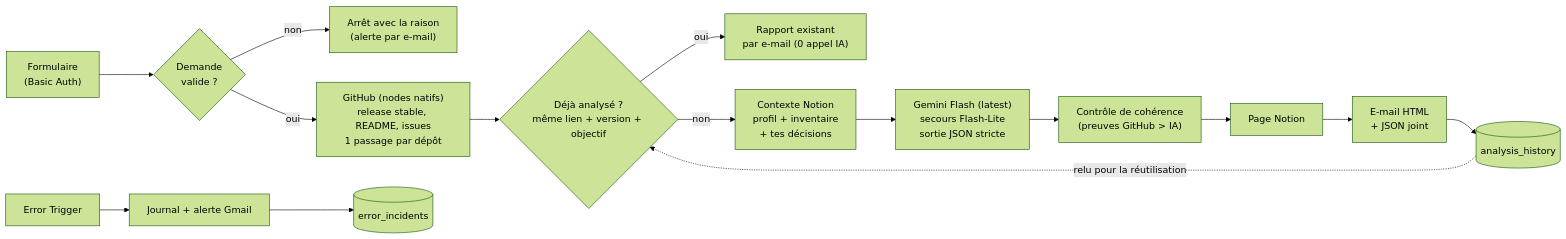
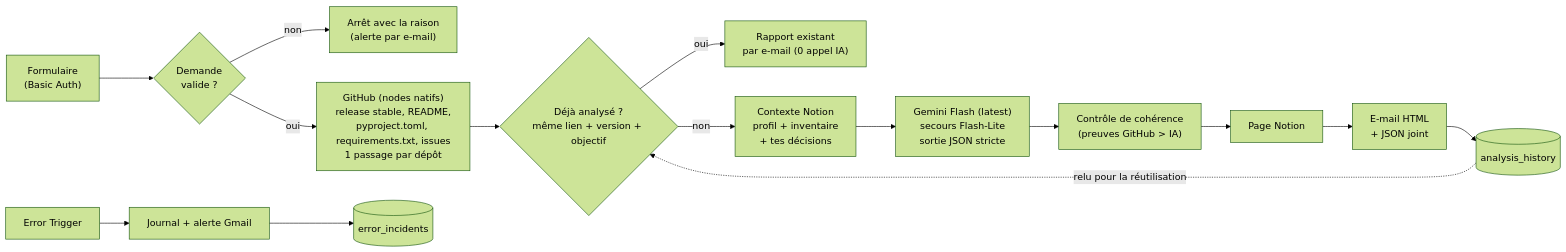
One commit to Sh0oya/eugenia_n8n changed the diagram in n8n_workflow/README.md. Above: the diagram before and after it, drawn with Mermaid (forest theme). The commit also changed other lines of this file and 3 other files, not shown here.

````diff
--- a/n8n_workflow/README.md
+++ b/n8n_workflow/README.md
@@ -43,18 +43,18 @@
 ```mermaid
 flowchart LR
   F["Formulaire<br/>(Basic Auth)"] --> V{"Demande<br/>valide ?"}
   V -- non --> X["Arrêt avec la raison<br/>(alerte par e-mail)"]
-  V -- oui --> G["GitHub (nodes natifs)<br/>release stable, README, issues<br/>1 passage par dépôt"]
+  V -- oui --> G["GitHub (nodes natifs)<br/>release stable, README,<br/>pyproject.toml, requirements.txt, issues<br/>1 passage par dépôt"]
   G --> R{"Déjà analysé ?<br/>même lien + version + objectif"}
   R -- oui --> RU["Rapport existant<br/>par e-mail (0 appel IA)"]
   R -- non --> C["Contexte Notion<br/>profil + inventaire<br/>+ tes décisions"]
   C --> AI["Gemini Flash (latest)<br/>secours Flash-Lite<br/>sortie JSON stricte"]
   AI --> VC["Contrôle de cohérence<br/>(preuves GitHub > IA)"]
   VC --> N["Page Notion"]
   N --> M["E-mail HTML<br/>+ JSON joint"]
   M --> H[("analysis_history")]
   H -. "relu pour la réutilisation" .-> R
 
   E["Error Trigger"] --> EL["Journal + alerte Gmail"]
   EL --> EI[("error_incidents")]
 ```
````
